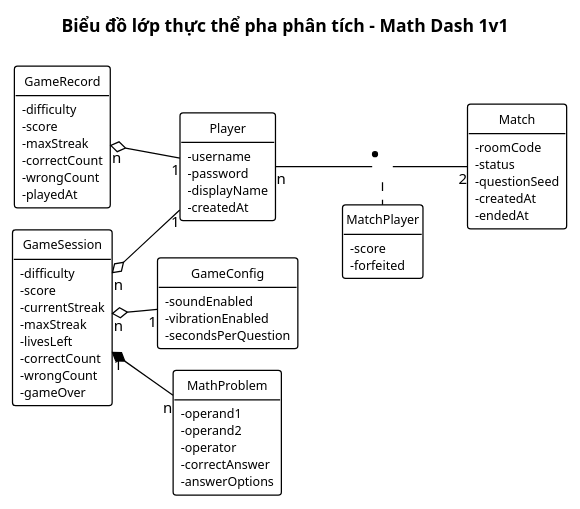
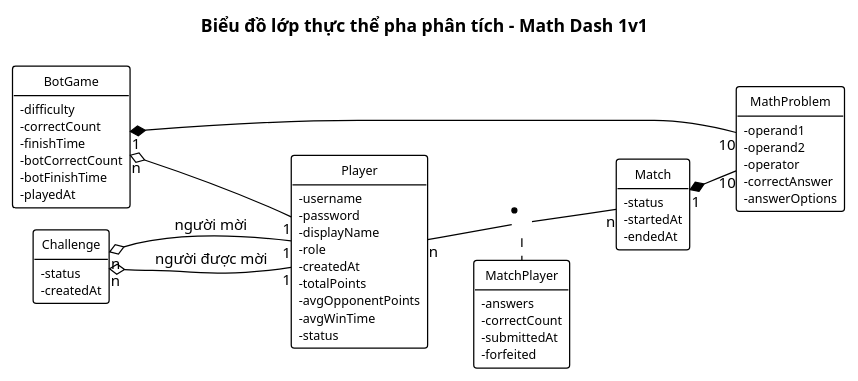
Before and after one commit to HungNguyenBa1811/math-dash: the diagram in docs/chung/lop-thuc-the-phan-tich.puml, drawn with PlantUML. The commit also changed 10 other files, not shown here.

First line of the commit message:
docs(M1-01,M1-02,M1-03): viết lại phạm vi, lớp thực thể, CSDL theo đề 9 game giải toán nhanh

```diff
--- a/docs/chung/lop-thuc-the-phan-tich.puml
+++ b/docs/chung/lop-thuc-the-phan-tich.puml
@@ -1,81 +1,72 @@
 @startuml lop-thuc-the-phan-tich
 !pragma layout smetana
 ' === VP Base Theme v2 ===
 skinparam defaultFontName "Segoe UI"
 skinparam defaultFontSize 12
 skinparam shadowing false
 skinparam arrowColor #000000
 skinparam lineColor #000000
 hide circle
 hide empty members
 skinparam classAttributeIconSize 0
 skinparam class {
   BackgroundColor #FFFFFF
   BorderColor #000000
   FontColor #000000
   FontSize 11
   AttributeFontSize 10
   BorderThickness 1
 }
 left to right direction
 title Biểu đồ lớp thực thể pha phân tích – Math Dash 1v1
 
 class Player {
   - username
   - password
   - displayName
+  - role
   - createdAt
-}
-class GameConfig {
-  - soundEnabled
-  - vibrationEnabled
-  - secondsPerQuestion
+  - totalPoints
+  - avgOpponentPoints
+  - avgWinTime
+  - status
 }
 class MathProblem {
   - operand1
   - operand2
   - operator
   - correctAnswer
   - answerOptions
 }
-class GameSession {
-  - difficulty
-  - score
-  - currentStreak
-  - maxStreak
-  - livesLeft
-  - correctCount
-  - wrongCount
-  - gameOver
-}
-class GameRecord {
-  - difficulty
-  - score
-  - maxStreak
-  - correctCount
-  - wrongCount
-  - playedAt
+class Challenge {
+  - status
+  - createdAt
 }
 class Match {
-  - roomCode
   - status
-  - questionSeed
-  - createdAt
+  - startedAt
   - endedAt
 }
 class MatchPlayer {
-  - score
+  - answers
+  - correctCount
+  - submittedAt
   - forfeited
 }
+class BotGame {
+  - difficulty
+  - correctCount
+  - finishTime
+  - botCorrectCount
+  - botFinishTime
+  - playedAt
+}
 
-' Thông tin A nằm trong B: hình thoi rỗng đặt ở B
-GameSession "n" o-- "1" Player
-GameRecord "n" o-- "1" Player
-GameSession "n" o-- "1" GameConfig
-' Câu hỏi chỉ tồn tại trong ván chơi: hình thoi đặc
-GameSession "1" *-- "n" MathProblem
-
-' Quan hệ n-n Người chơi – Trận đấu (mỗi trận đúng 2 người), lớp liên kết MatchPlayer
-Player "n" -- "2" Match
+Challenge "n" o-- "1" Player : người mời
+Challenge "n" o-- "1" Player : người được mời
+Player "n" -- "n" Match
 (Player, Match) .. MatchPlayer
+Match "1" *-- "10" MathProblem
+BotGame "n" o-- "1" Player
+BotGame "1" *-- "10" MathProblem
 @enduml
```
